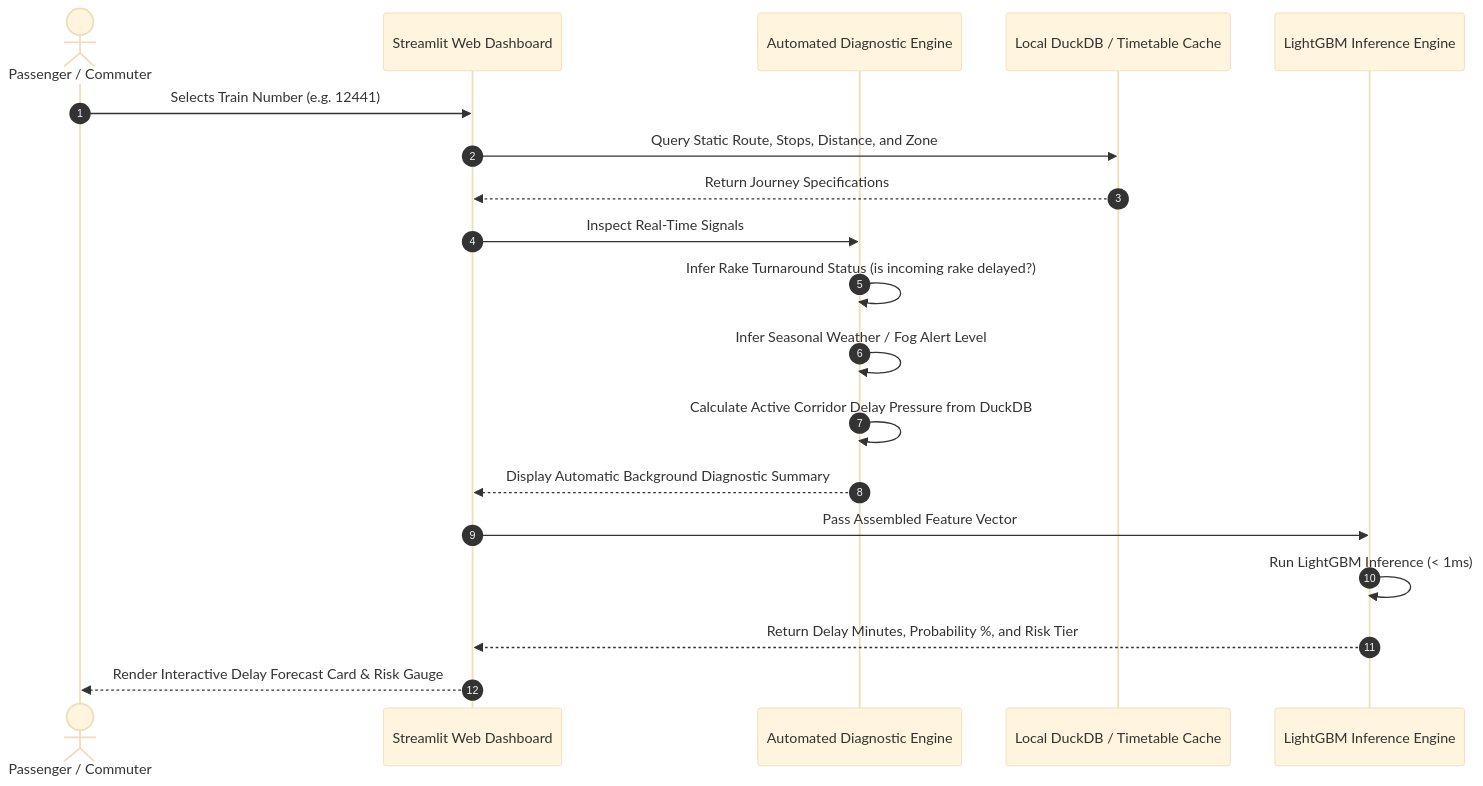
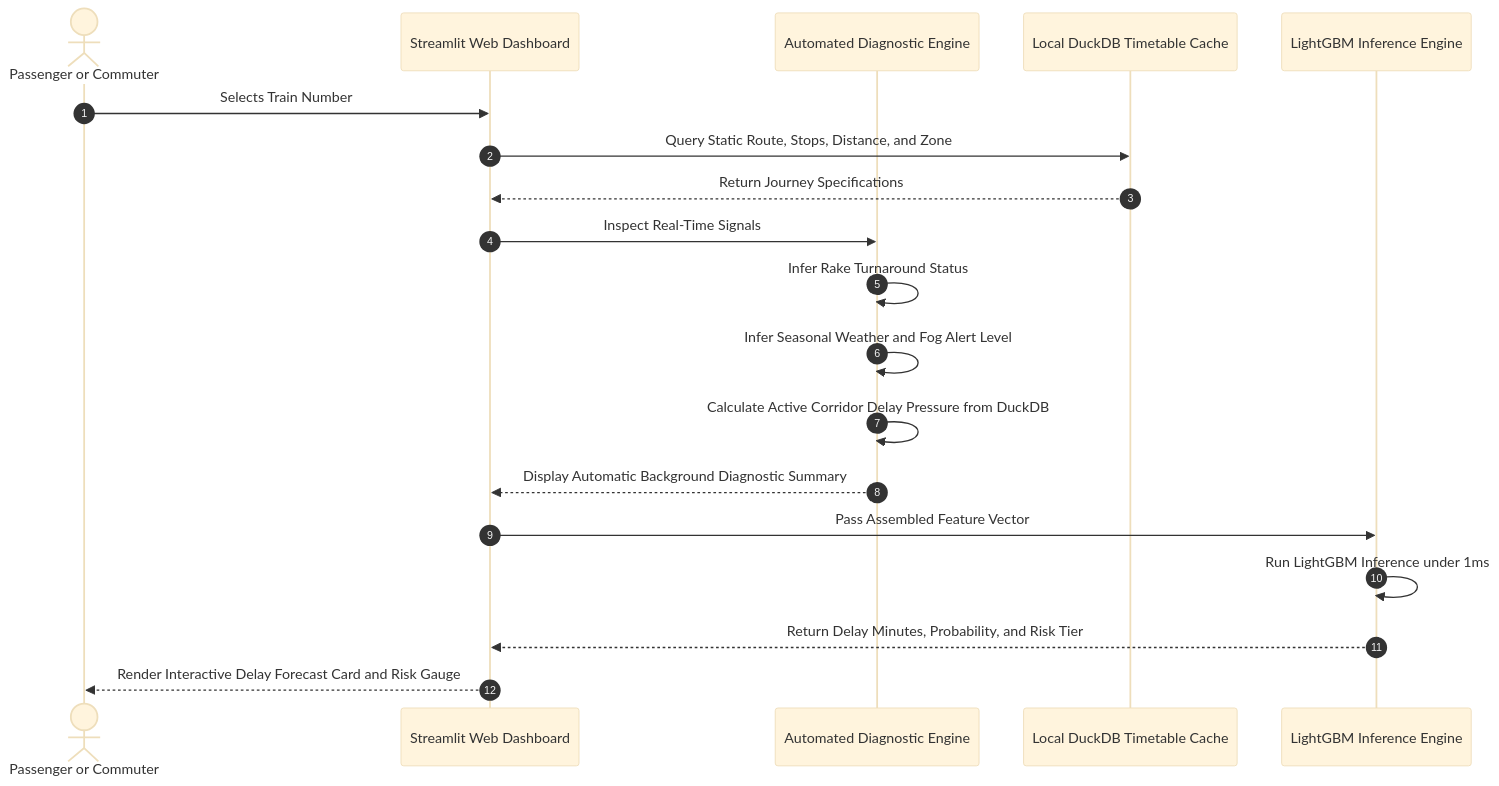
One commit to laluni/Indian-railway-delay-prediction-system changed the second of 2 diagrams in docs/ARCHITECTURE_AND_WORKFLOW.md. Above: the diagram before and after it, drawn with Mermaid (base theme). The commit also changed other lines of this file and 1 other file, not shown here.

Commit message:
Completely clean Mermaid diagram syntax across docs to eliminate rich display errors

````diff
--- a/docs/ARCHITECTURE_AND_WORKFLOW.md
+++ b/docs/ARCHITECTURE_AND_WORKFLOW.md
@@ -86,22 +89,22 @@
 ```mermaid
 sequenceDiagram
     autonumber
-    actor User as Passenger / Commuter
+    actor User as Passenger or Commuter
     participant UI as Streamlit Web Dashboard
     participant Backend as Automated Diagnostic Engine
-    participant DB as Local DuckDB / Timetable Cache
+    participant DB as Local DuckDB Timetable Cache
     participant AI as LightGBM Inference Engine
 
-    User->>UI: Selects Train Number (e.g. 12441)
+    User->>UI: Selects Train Number
     UI->>DB: Query Static Route, Stops, Distance, and Zone
     DB-->>UI: Return Journey Specifications
     UI->>Backend: Inspect Real-Time Signals
-    Backend->>Backend: Infer Rake Turnaround Status (is incoming rake delayed?)
-    Backend->>Backend: Infer Seasonal Weather / Fog Alert Level
+    Backend->>Backend: Infer Rake Turnaround Status
+    Backend->>Backend: Infer Seasonal Weather and Fog Alert Level
     Backend->>Backend: Calculate Active Corridor Delay Pressure from DuckDB
     Backend-->>UI: Display Automatic Background Diagnostic Summary
     UI->>AI: Pass Assembled Feature Vector
-    AI->>AI: Run LightGBM Inference (< 1ms)
-    AI-->>UI: Return Delay Minutes, Probability %, and Risk Tier
-    UI-->>User: Render Interactive Delay Forecast Card & Risk Gauge
+    AI->>AI: Run LightGBM Inference under 1ms
+    AI-->>UI: Return Delay Minutes, Probability, and Risk Tier
+    UI-->>User: Render Interactive Delay Forecast Card and Risk Gauge
 ```
````
